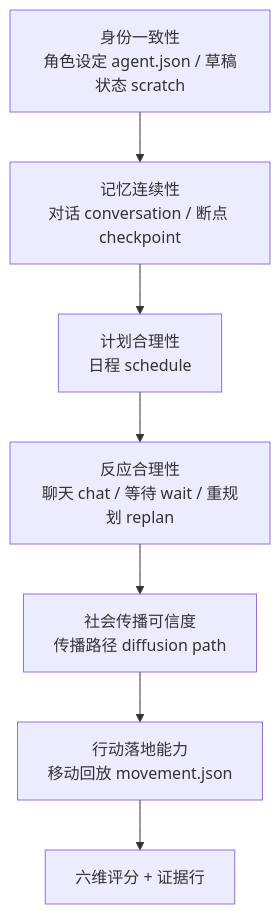
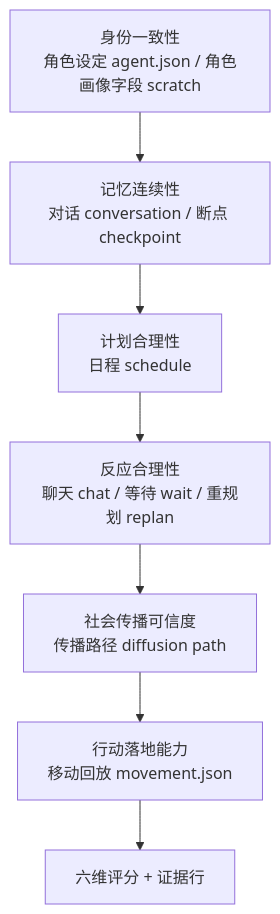
The first of 7 diagrams in docs/book/manuscript/part_04/chapter_29.md (tbkken/GenerativeAgentsCN), drawn with Mermaid before and after one commit. The commit also changed other lines of this file and 51 other files, not shown here.

````diff
--- a/docs/book/manuscript/part_04/chapter_29.md
+++ b/docs/book/manuscript/part_04/chapter_29.md
@@ -38,9 +38,9 @@
 ```mermaid
 flowchart TD
-    Persona[身份一致性<br/>角色设定 agent.json / 草稿状态 scratch] --> Memory[记忆连续性<br/>对话 conversation / 断点 checkpoint]
+    Persona[身份一致性<br/>角色设定 agent.json / 角色画像字段 scratch] --> Memory[记忆连续性<br/>对话 conversation / 断点 checkpoint]
     Memory --> Plan[计划合理性<br/>日程 schedule]
     Plan --> Reaction[反应合理性<br/>聊天 chat / 等待 wait / 重规划 replan]
     Reaction --> Social[社会传播可信度<br/>传播路径 diffusion path]
     Social --> Action[行动落地能力<br/>移动回放 movement.json]
     Action --> Score[六维评分 + 证据行]
 ```
````
